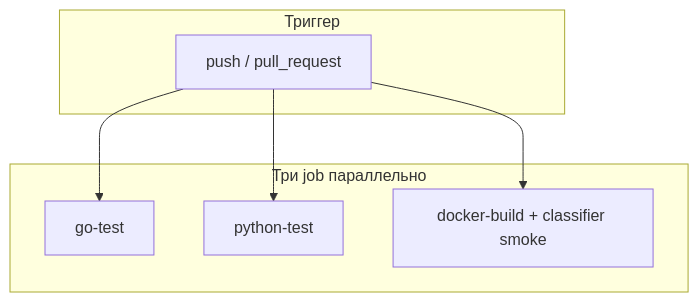
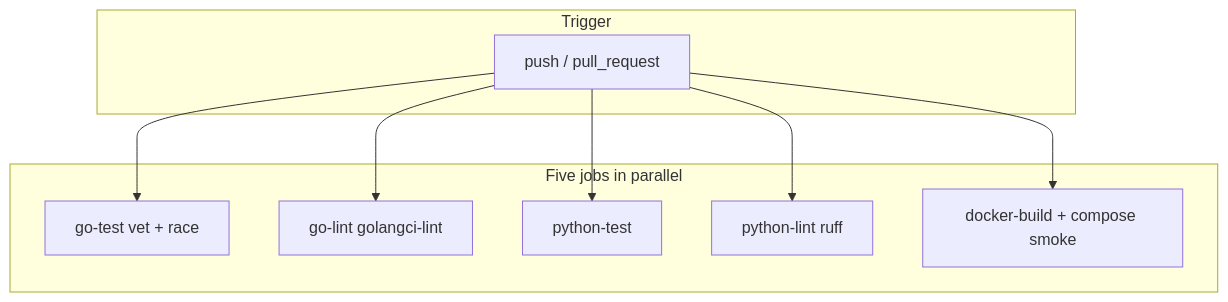
One commit to kantik001/grounded_horticulture_en changed the diagram in docs/knowledge-base/github-ci.yml.md. Above: the diagram before and after it, drawn with Mermaid. The commit also changed other lines of this file and 189 other files, not shown here.

````diff
--- a/docs/knowledge-base/github-ci.yml.md
+++ b/docs/knowledge-base/github-ci.yml.md
@@ -40,14 +40,18 @@
 ```mermaid
 flowchart TB
-    subgraph trigger [Триггер]
+    subgraph trigger [Trigger]
         P[push / pull_request]
     end
-    subgraph jobs [Три job параллельно]
-        G[go-test]
+    subgraph jobs [Five jobs in parallel]
+        G[go-test vet + race]
+        GL[go-lint golangci-lint]
         PY[python-test]
-        D[docker-build + classifier smoke]
+        PL[python-lint ruff]
+        D[docker-build + compose smoke]
     end
     P --> G
+    P --> GL
     P --> PY
+    P --> PL
     P --> D
 ```
````
